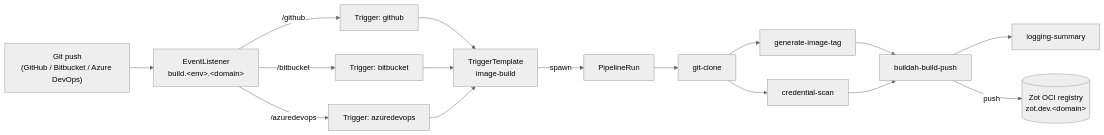
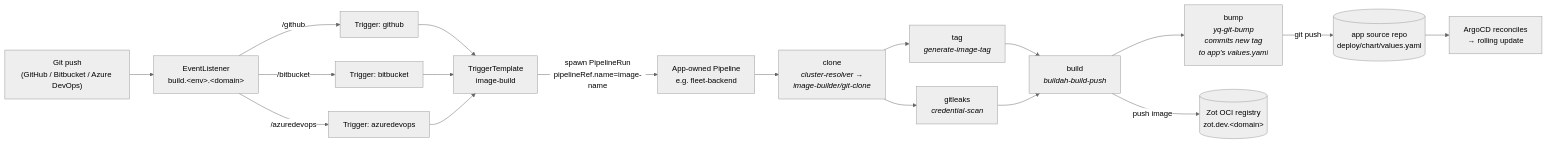
Before and after one commit to Wegatr/setup-ubuntu-kubernetes: the diagram in apps/image-builder/README.md, drawn with Mermaid (neutral theme). The commit also changed other lines of this file and 15 other files, not shown here.

````diff
--- a/apps/image-builder/README.md
+++ b/apps/image-builder/README.md
@@ -31,20 +37,22 @@
 ```mermaid
 flowchart LR
     Webhook["Git push<br/>(GitHub / Bitbucket / Azure DevOps)"] --> EL[EventListener<br/>build.&lt;env&gt;.&lt;domain&gt;]
     EL -->|/github| TG[Trigger: github]
     EL -->|/bitbucket| TB[Trigger: bitbucket]
     EL -->|/azuredevops| TA[Trigger: azuredevops]
     TG --> TT[TriggerTemplate<br/>image-build]
     TB --> TT
     TA --> TT
-    TT -->|spawn| PR[PipelineRun]
+    TT -->|spawn PipelineRun<br/>pipelineRef.name=image-name| PR[App-owned Pipeline<br/>e.g. fleet-backend]
 
-    PR --> Clone[git-clone]
-    Clone --> Tag[generate-image-tag]
-    Clone --> Gitleaks[credential-scan]
-    Tag --> Build[buildah-build-push]
+    PR --> Clone["clone<br/><i>cluster-resolver →<br/>image-builder/git-clone</i>"]
+    Clone --> Tag["tag<br/><i>generate-image-tag</i>"]
+    Clone --> Gitleaks["gitleaks<br/><i>credential-scan</i>"]
+    Tag --> Build["build<br/><i>buildah-build-push</i>"]
     Gitleaks --> Build
-    Build --> Summary[logging-summary]
+    Build --> Bump["bump<br/><i>yq-git-bump<br/>commits new tag<br/>to app's values.yaml</i>"]
 
-    Build -->|push| Registry[(Zot OCI registry<br/>zot.dev.&lt;domain&gt;)]
+    Build -->|push image| Registry[(Zot OCI registry<br/>zot.dev.&lt;domain&gt;)]
+    Bump -->|git push| AppRepo[(app source repo<br/>deploy/chart/values.yaml)]
+    AppRepo --> ArgoCD[ArgoCD reconciles<br/>→ rolling update]
 ```
````
